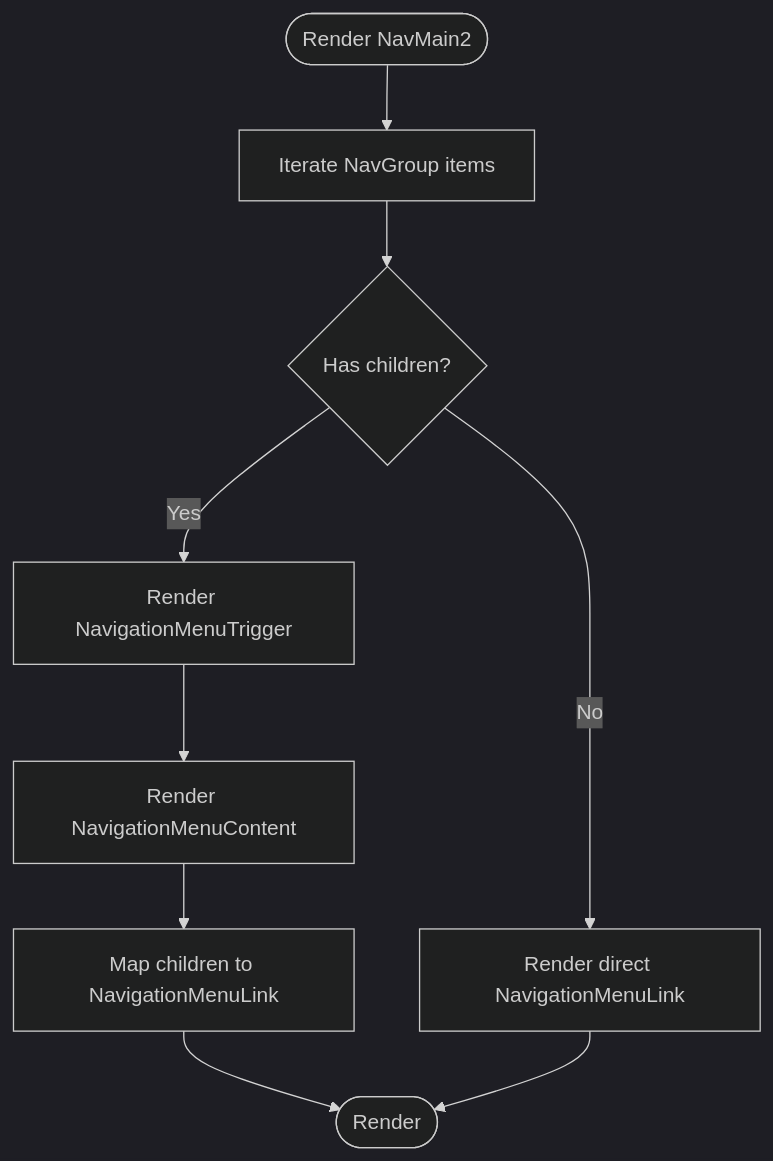
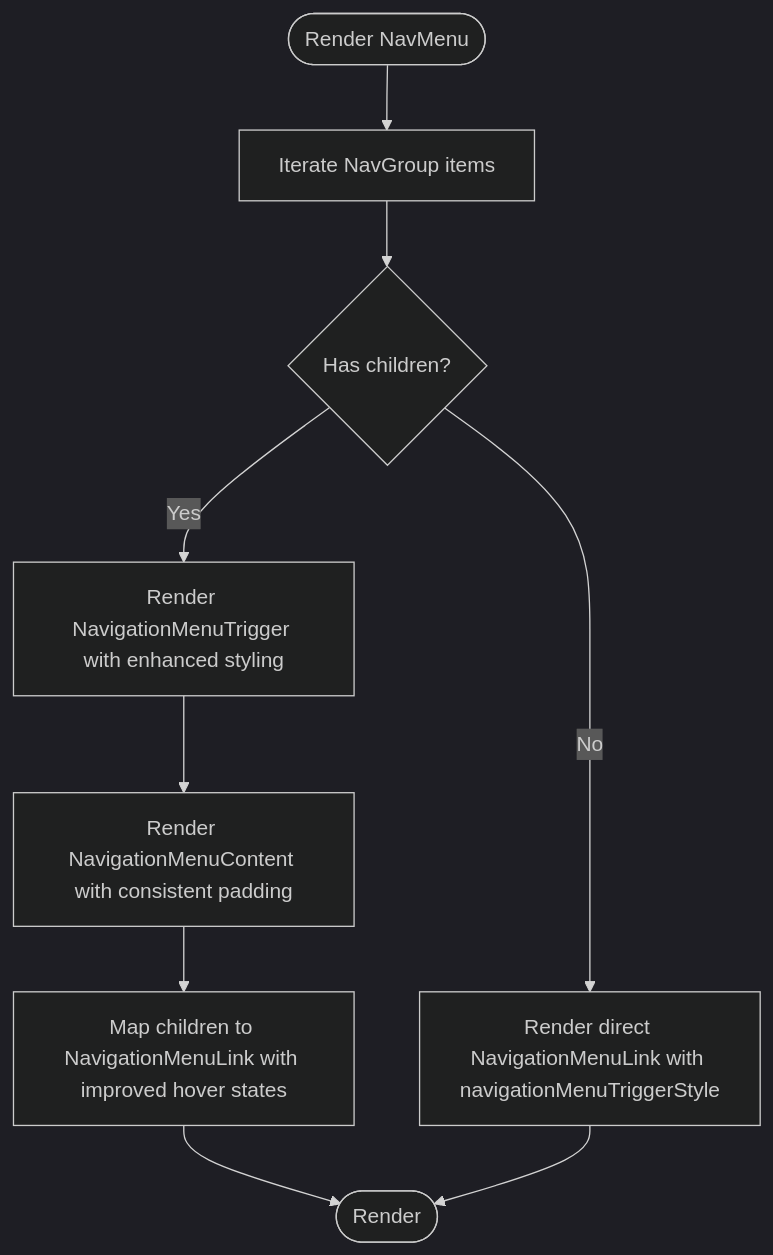
The ninth of 12 diagrams in .qoder/repowiki/en/content/Frontend Components & UI/Navigation Components.md (vincet0t15/template), drawn with Mermaid (dark theme) before and after one commit. The commit also changed other lines of this file and 5 other files, not shown here.

````diff
--- a/.qoder/repowiki/en/content/Frontend Components & UI/Navigation Components.md
+++ b/.qoder/repowiki/en/content/Frontend Components & UI/Navigation Components.md
@@ -294,11 +356,11 @@
 ```mermaid
 flowchart TD
-StartN(["Render NavMain2"]) --> Iterate["Iterate NavGroup items"]
+StartN(["Render NavMenu"]) --> Iterate["Iterate NavGroup items"]
 Iterate --> HasChildren{"Has children?"}
-HasChildren --> |Yes| Trigger["Render NavigationMenuTrigger"]
-Trigger --> Content["Render NavigationMenuContent"]
-Content --> Children["Map children to NavigationMenuLink"]
-HasChildren --> |No| Direct["Render direct NavigationMenuLink"]
+HasChildren --> |Yes| Trigger["Render NavigationMenuTrigger with enhanced styling"]
+Trigger --> Content["Render NavigationMenuContent with consistent padding"]
+Content --> Children["Map children to NavigationMenuLink with improved hover states"]
+HasChildren --> |No| Direct["Render direct NavigationMenuLink with navigationMenuTriggerStyle"]
 Children --> EndN(["Render"])
 Direct --> EndN
 ```
````
